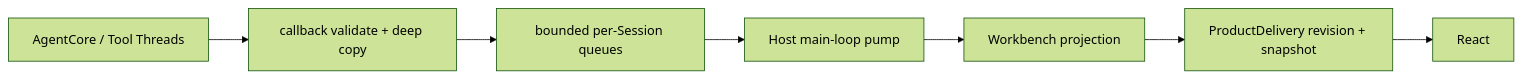
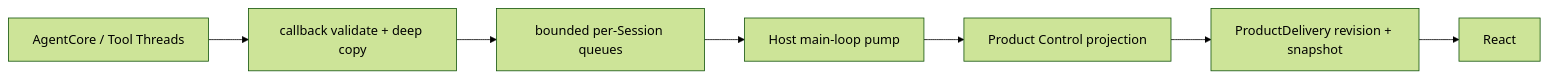
One commit to metask-ai/metawork changed the diagram in docs/agentcore-integration.md. Above: the diagram before and after it, drawn with Mermaid (forest theme). The commit also changed other lines of this file and 21 other files, not shown here.

Commit message:
refactor(product): establish Product Control owner identity

````diff
--- a/docs/agentcore-integration.md
+++ b/docs/agentcore-integration.md
@@ -352,12 +352,12 @@
 ```mermaid
 flowchart LR
     CORE["AgentCore / Tool Threads"]
     COPY["callback validate + deep copy"]
     QUEUE["bounded per-Session queues"]
     PUMP["Host main-loop pump"]
-    PROJECT["Workbench projection"]
+    PROJECT["Product Control projection"]
     DELIVERY["ProductDelivery revision + snapshot"]
     UI["React"]
 
     CORE --> COPY --> QUEUE --> PUMP --> PROJECT --> DELIVERY --> UI
 ```
````
